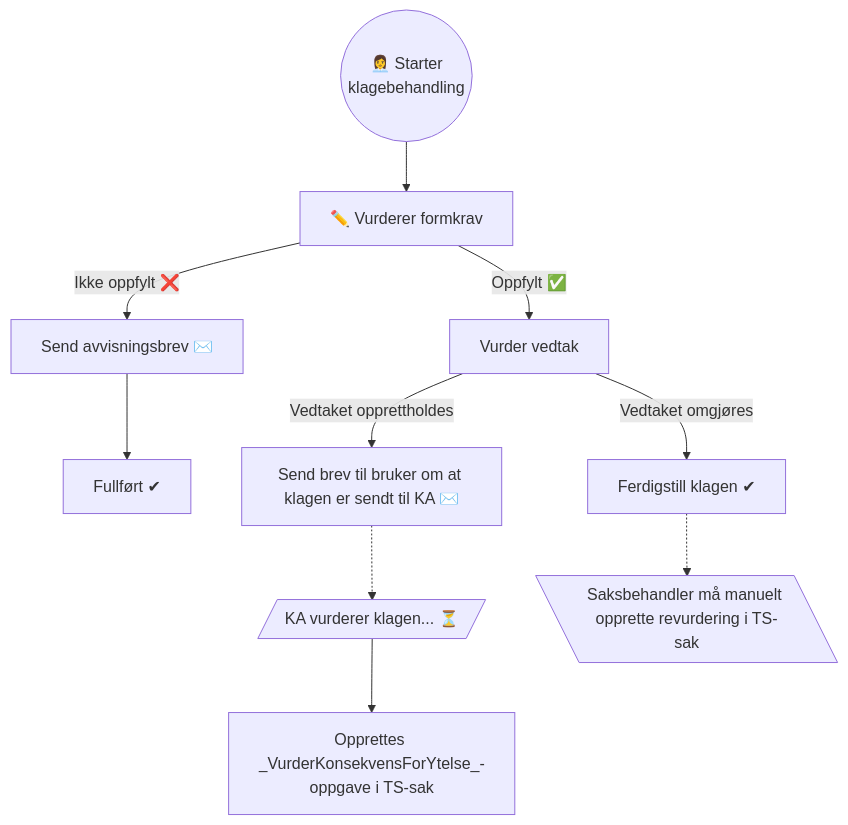
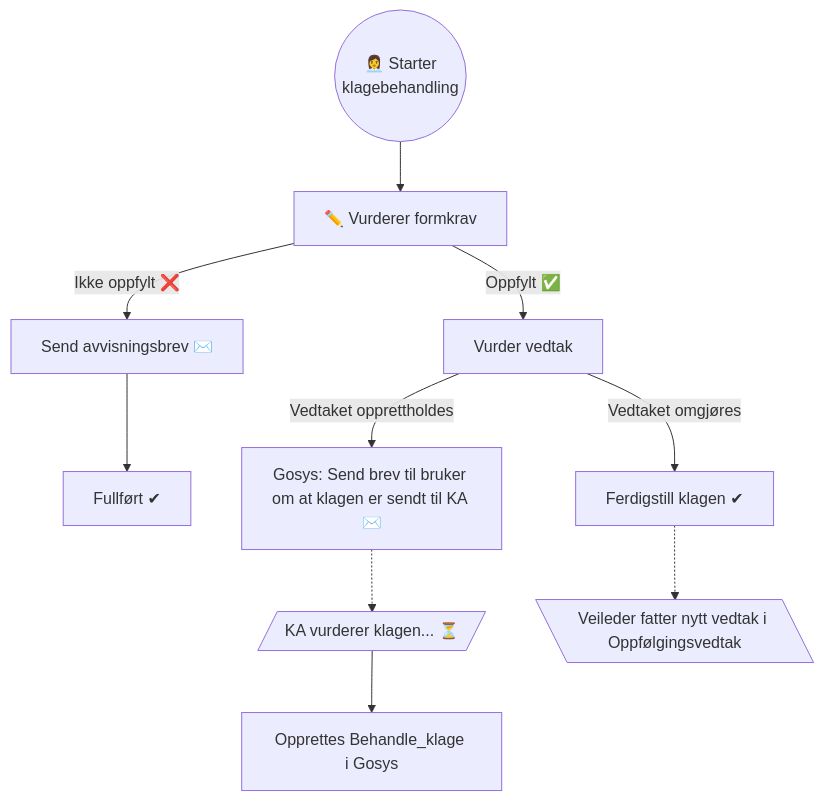
One commit to navikt/veilarboppgave changed the diagram in skisse_klage.md. Above: the diagram before and after it, drawn with Mermaid.

Commit message:
Update wording in skisse_klage.md for clarity

````diff
--- a/skisse_klage.md
+++ b/skisse_klage.md
@@ -1,13 +1,13 @@
 ```mermaid
 flowchart TD
 start((👩‍💼 Starter
 klagebehandling)) --> formkrav[✏️ Vurderer formkrav]
 formkrav -->|Ikke oppfylt ❌ | brev[Send avvisningsbrev ✉️]
 brev --> fullført[Fullført ✔︎]
 formkrav -->|Oppfylt ✅ | vedtak[Vurder vedtak]
 vedtak -->|Vedtaket omgjøres| ferdigstill[Ferdigstill klagen ✔︎]
-vedtak -->|Vedtaket opprettholdes| kaBrev[Send brev til bruker om at klagen er sendt til KA ✉️]
+vedtak -->|Vedtaket opprettholdes| kaBrev[Gosys: Send brev til bruker om at klagen er sendt til KA ✉️]
 kaBrev -.-> kaVurderer[/KA vurderer klagen... ⏳/]
-kaVurderer --> opprettSak[Opprettes _VurderKonsekvensForYtelse_-oppgave i TS-sak]
-ferdigstill -.-> revurdering[\Saksbehandler må manuelt opprette revurdering i TS-sak\]
+kaVurderer --> opprettOppgave[Opprettes Behandle_klage i Gosys]
+ferdigstill -.-> rnyttVedtak[\Veileder fatter nytt vedtak i Oppfølgingsvedtak\]
 ```
````
